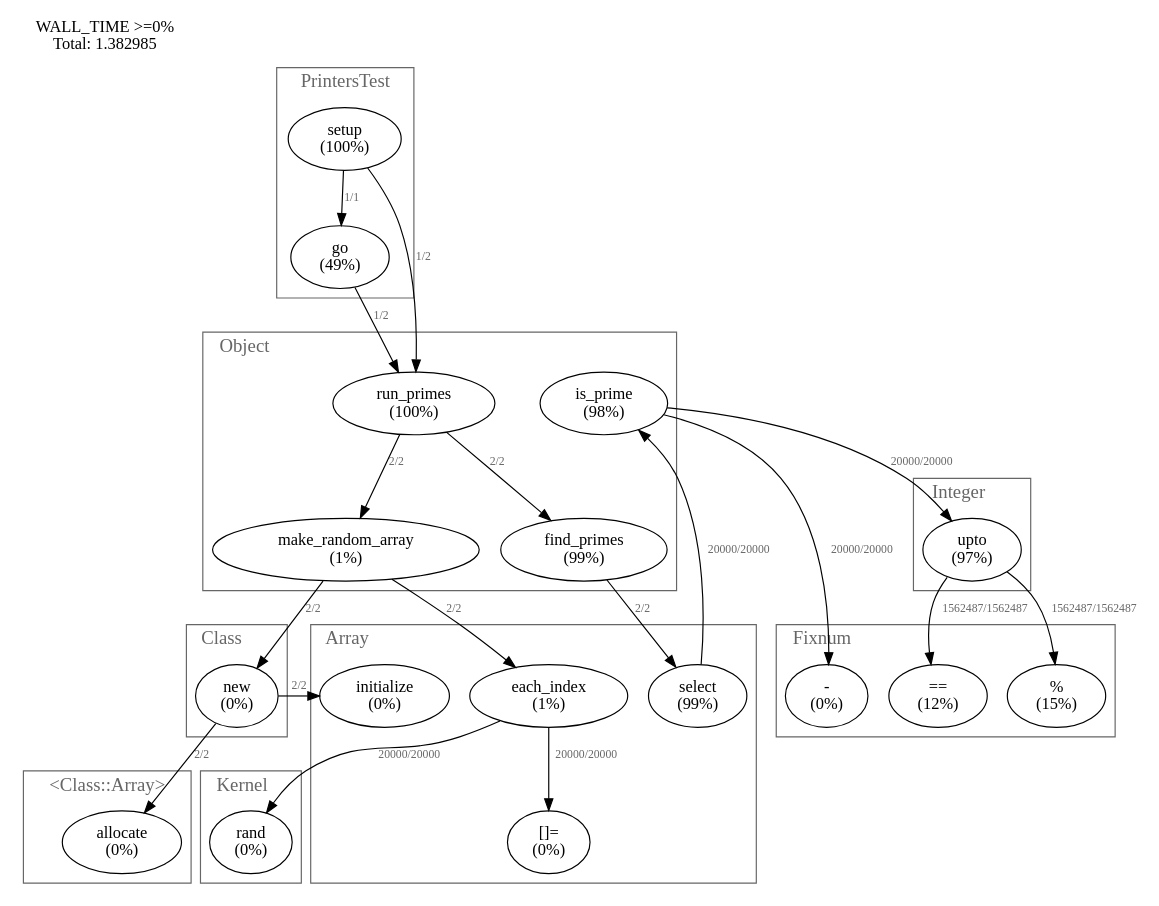
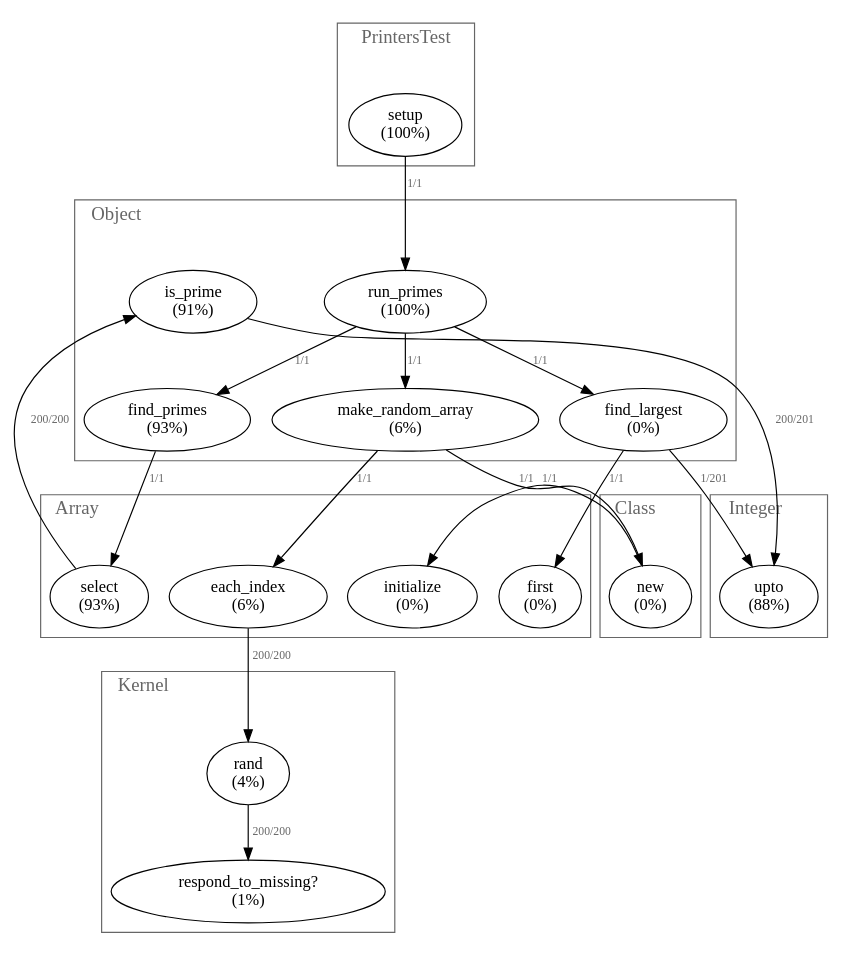
Before and after one commit to ruby-prof/ruby-prof: the diagram in examples/graph.dot, drawn with Graphviz. The commit also changed 9 other files, not shown here.

```diff
--- a/examples/graph.dot
+++ b/examples/graph.dot
@@ -1,106 +1,84 @@
 digraph "Profile" {
-label="WALL_TIME >=0%\nTotal: 1.382985";
 labelloc=t;
 labeljust=l;
-subgraph "Thread 2148237740" {
-2159427600 [label="[]=\n(0%)"];
-2159427680 [label="%\n(15%)"];
-2159427760 [label="run_primes\n(100%)"];
-2159427760 -> 2159428600 [label="2/2" fontsize=10 fontcolor="#666666"];
-2159427760 -> 2159428300 [label="2/2" fontsize=10 fontcolor="#666666"];
-2159427840 [label="new\n(0%)"];
-2159427840 -> 2159428080 [label="2/2" fontsize=10 fontcolor="#666666"];
-2159427840 -> 2159428760 [label="2/2" fontsize=10 fontcolor="#666666"];
-2159427920 [label="rand\n(0%)"];
-2159428000 [label="-\n(0%)"];
-2159428080 [label="initialize\n(0%)"];
-2159428160 [label="each_index\n(1%)"];
-2159428160 -> 2159427920 [label="20000/20000" fontsize=10 fontcolor="#666666"];
-2159428160 -> 2159427600 [label="20000/20000" fontsize=10 fontcolor="#666666"];
-2159428220 [label="go\n(49%)"];
-2159428220 -> 2159427760 [label="1/2" fontsize=10 fontcolor="#666666"];
-2159428300 [label="make_random_array\n(1%)"];
-2159428300 -> 2159428160 [label="2/2" fontsize=10 fontcolor="#666666"];
-2159428300 -> 2159427840 [label="2/2" fontsize=10 fontcolor="#666666"];
-2159428360 [label="setup\n(100%)"];
-2159428360 -> 2159427760 [label="1/2" fontsize=10 fontcolor="#666666"];
-2159428360 -> 2159428220 [label="1/1" fontsize=10 fontcolor="#666666"];
-2159428440 [label="select\n(99%)"];
-2159428440 -> 2159428520 [label="20000/20000" fontsize=10 fontcolor="#666666"];
-2159428520 [label="is_prime\n(98%)"];
-2159428520 -> 2159428680 [label="20000/20000" fontsize=10 fontcolor="#666666"];
-2159428520 -> 2159428000 [label="20000/20000" fontsize=10 fontcolor="#666666"];
-2159428600 [label="find_primes\n(99%)"];
-2159428600 -> 2159428440 [label="2/2" fontsize=10 fontcolor="#666666"];
-2159428680 [label="upto\n(97%)"];
-2159428680 -> 2159427680 [label="1562487/1562487" fontsize=10 fontcolor="#666666"];
-2159428680 -> 2159428920 [label="1562487/1562487" fontsize=10 fontcolor="#666666"];
-2159428760 [label="allocate\n(0%)"];
-2159428920 [label="==\n(12%)"];
+subgraph "Thread 70228520599860" {
+70228520487300 [label="setup\n(100%)"];
+70228520487300 -> 70228520487060 [label="1/1" fontsize=10 fontcolor="#666666"];
+70228520487060 [label="run_primes\n(100%)"];
+70228520487060 -> 70228520486760 [label="1/1" fontsize=10 fontcolor="#666666"];
+70228520487060 -> 70228520487020 [label="1/1" fontsize=10 fontcolor="#666666"];
+70228520487060 -> 70228520486360 [label="1/1" fontsize=10 fontcolor="#666666"];
+70228520486760 [label="find_primes\n(93%)"];
+70228520486760 -> 70228520486720 [label="1/1" fontsize=10 fontcolor="#666666"];
+70228520486720 [label="select\n(93%)"];
+70228520486720 -> 70228520486700 [label="200/200" fontsize=10 fontcolor="#666666"];
+70228520486700 [label="is_prime\n(91%)"];
+70228520486700 -> 70228520486400 [label="200/201" fontsize=10 fontcolor="#666666"];
+70228520486400 [label="upto\n(88%)"];
+70228520487020 [label="make_random_array\n(6%)"];
+70228520487020 -> 70228520486900 [label="1/1" fontsize=10 fontcolor="#666666"];
+70228520487020 -> 70228520486940 [label="1/1" fontsize=10 fontcolor="#666666"];
+70228520486900 [label="each_index\n(6%)"];
+70228520486900 -> 70228520486860 [label="200/200" fontsize=10 fontcolor="#666666"];
+70228520486860 [label="rand\n(4%)"];
+70228520486860 -> 70228520486840 [label="200/200" fontsize=10 fontcolor="#666666"];
+70228520486840 [label="respond_to_missing?\n(1%)"];
+70228520486360 [label="find_largest\n(0%)"];
+70228520486360 -> 70228520486400 [label="1/201" fontsize=10 fontcolor="#666666"];
+70228520486360 -> 70228520486260 [label="1/1" fontsize=10 fontcolor="#666666"];
+70228520486940 [label="new\n(0%)"];
+70228520486940 -> 70228520486920 [label="1/1" fontsize=10 fontcolor="#666666"];
+70228520486920 [label="initialize\n(0%)"];
+70228520486260 [label="first\n(0%)"];
 }
-subgraph cluster_2159103200 {
+subgraph cluster_70228520387980 {
+label = "PrintersTest";
+fontcolor = "#666666";
+fontsize = 16;
+color = "#666666";
+70228520487300;
+}
+subgraph cluster_70228520378200 {
 label = "Object";
 fontcolor = "#666666";
 fontsize = 16;
 color = "#666666";
-2159428600;
-2159428520;
-2159428300;
-2159427760;
+70228520487060;
+70228520487020;
+70228520486760;
+70228520486700;
+70228520486360;
 }
-subgraph cluster_2159103260 {
+subgraph cluster_70228520376580 {
+label = "Class";
+fontcolor = "#666666";
+fontsize = 16;
+color = "#666666";
+70228520486940;
+}
+subgraph cluster_70228520375420 {
+label = "Array";
+fontcolor = "#666666";
+fontsize = 16;
+color = "#666666";
+70228520486920;
+70228520486900;
+70228520486720;
+70228520486260;
+}
+subgraph cluster_70228520375120 {
+label = "Kernel";
+fontcolor = "#666666";
+fontsize = 16;
+color = "#666666";
+70228520486860;
+70228520486840;
+}
+subgraph cluster_70228520374360 {
 label = "Integer";
 fontcolor = "#666666";
 fontsize = 16;
 color = "#666666";
-2159428680;
-}
-subgraph cluster_2159103060 {
-label = "PrintersTest";
-fontcolor = "#666666";
-fontsize = 16;
-color = "#666666";
-2159428360;
-2159428220;
-}
-subgraph cluster_2159103120 {
-label = "Array";
-fontcolor = "#666666";
-fontsize = 16;
-color = "#666666";
-2159428440;
-2159428160;
-2159428080;
-2159427600;
-}
-subgraph cluster_2159103340 {
-label = "<Class::Array>";
-fontcolor = "#666666";
-fontsize = 16;
-color = "#666666";
-2159428760;
-}
-subgraph cluster_2159102840 {
-label = "Class";
-fontcolor = "#666666";
-fontsize = 16;
-color = "#666666";
-2159427840;
-}
-subgraph cluster_2159102980 {
-label = "Kernel";
-fontcolor = "#666666";
-fontsize = 16;
-color = "#666666";
-2159427920;
-}
-subgraph cluster_2159103400 {
-label = "Fixnum";
-fontcolor = "#666666";
-fontsize = 16;
-color = "#666666";
-2159428920;
-2159428000;
-2159427680;
+70228520486400;
 }
 }
```
